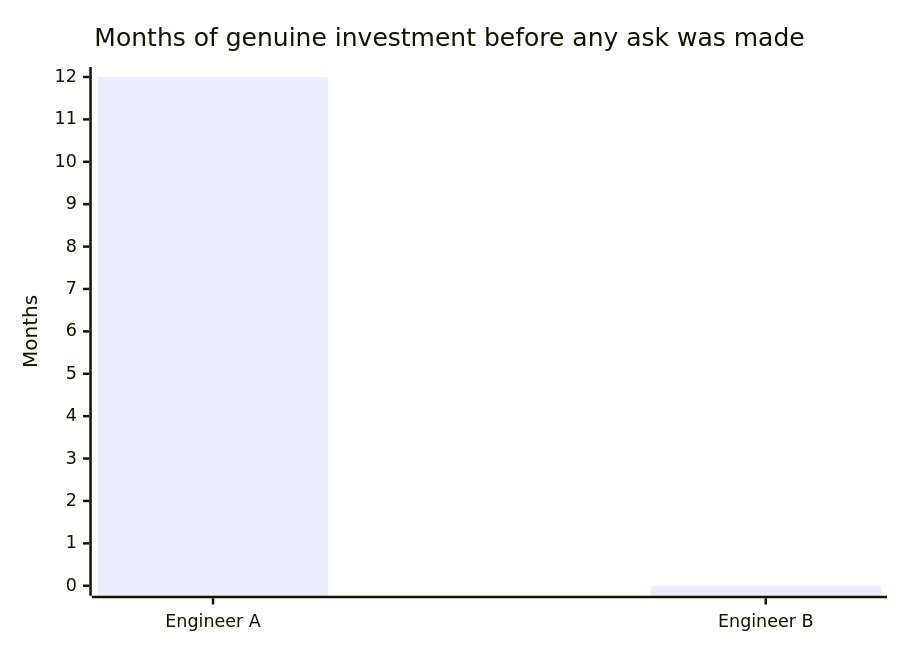
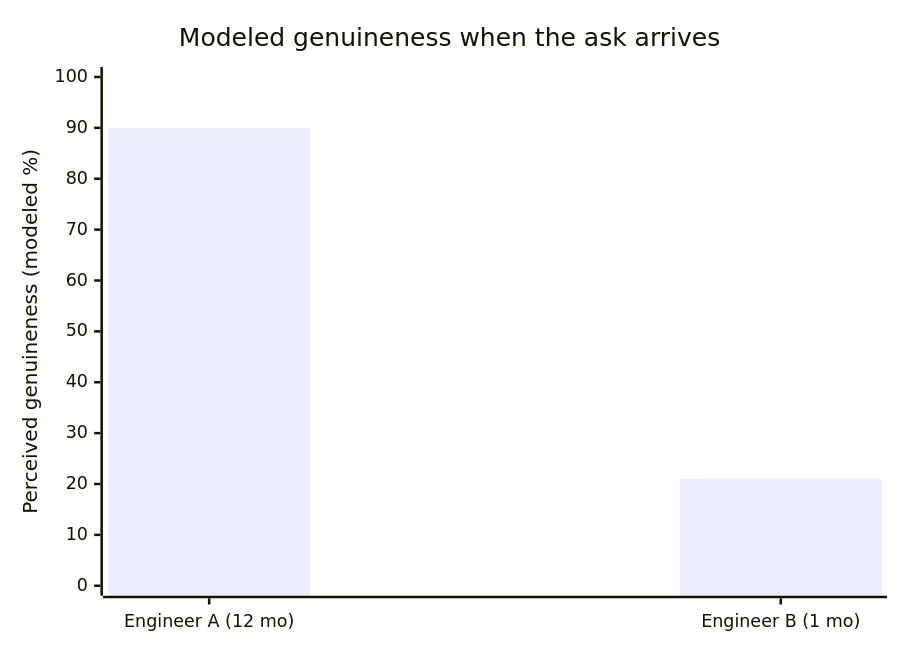
One commit to francoandreDev/knowledge changed the second of 2 diagrams in src/content/corporate-politics/white/L3-deep-dive.mdx. Above: the diagram before and after it, drawn with Mermaid. The commit also changed other lines of this file and 3 other files, not shown here.

````diff
--- a/src/content/corporate-politics/white/L3-deep-dive.mdx
+++ b/src/content/corporate-politics/white/L3-deep-dive.mdx
@@ -102,7 +127,7 @@
 ```mermaid
 xychart-beta
-    title "Months of genuine investment before any ask was made"
-    x-axis ["Engineer A", "Engineer B"]
-    y-axis "Months" 0 --> 12
-    bar [12, 0]
+    title "Modeled genuineness when the ask arrives"
+    x-axis ["Engineer A (12 mo)", "Engineer B (1 mo)"]
+    y-axis "Perceived genuineness (modeled %)" 0 --> 100
+    bar [90, 21]
 ```
````
